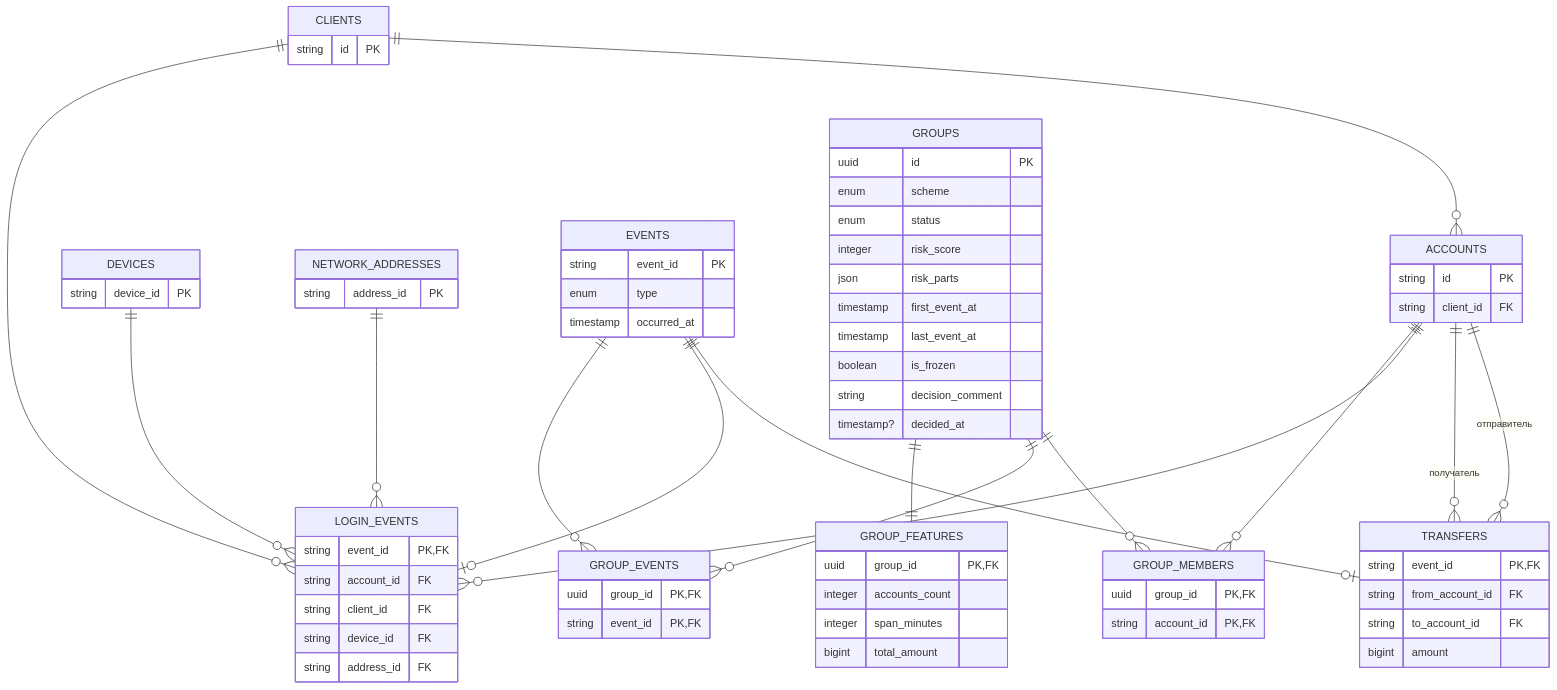
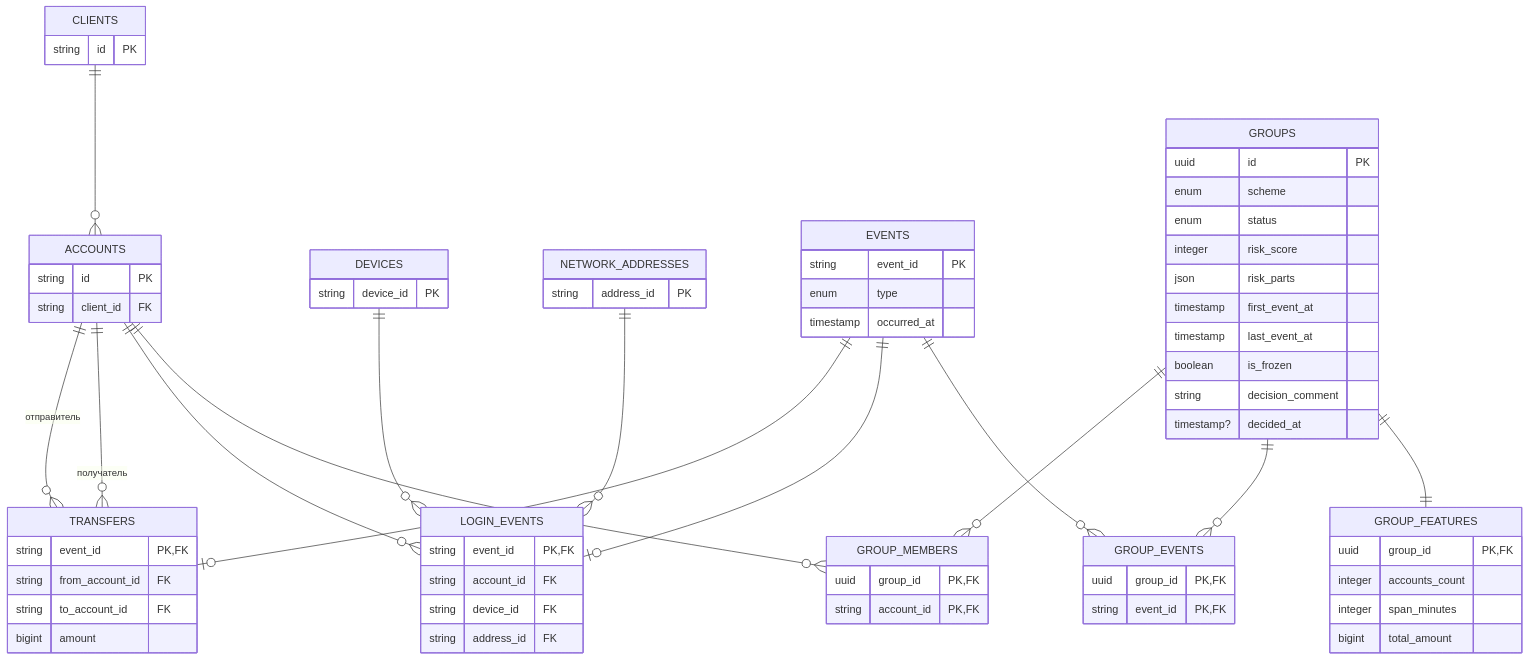
The diagram in docs/entities.md (feytox/shugraph), drawn with Mermaid before and after one commit. The commit also changed other lines of this file, not shown here.

Commit message:
[GSD-24] docs(entities): rm client id from login events

````diff
--- a/docs/entities.md
+++ b/docs/entities.md
@@ -5,74 +5,72 @@
 ```mermaid
 erDiagram
     CLIENTS {
         string id PK
     }
     ACCOUNTS {
         string id PK
         string client_id FK
     }
     DEVICES {
         string device_id PK
     }
     NETWORK_ADDRESSES {
         string address_id PK
     }
     EVENTS {
         string event_id PK
         enum type
         timestamp occurred_at
     }
     TRANSFERS {
         string event_id PK, FK
         string from_account_id FK
         string to_account_id FK
         bigint amount
     }
     LOGIN_EVENTS {
         string event_id PK, FK
         string account_id FK
-        string client_id FK
         string device_id FK
         string address_id FK
     }
     GROUPS {
         uuid id PK
         enum scheme
         enum status
         integer risk_score
         json risk_parts
         timestamp first_event_at
         timestamp last_event_at
         boolean is_frozen
         string decision_comment
         timestamp? decided_at
     }
     GROUP_MEMBERS {
         uuid group_id PK, FK
         string account_id PK, FK
     }
     GROUP_EVENTS {
         uuid group_id PK, FK
         string event_id PK, FK
     }
     GROUP_FEATURES {
         uuid group_id PK, FK
         integer accounts_count
         integer span_minutes
         bigint total_amount
     }
     CLIENTS ||--o{ ACCOUNTS : " "
     ACCOUNTS ||--o{ TRANSFERS : "отправитель"
     ACCOUNTS ||--o{ TRANSFERS : "получатель"
     EVENTS ||--o| TRANSFERS : " "
     EVENTS ||--o| LOGIN_EVENTS : " "
     ACCOUNTS ||--o{ LOGIN_EVENTS : " "
-    CLIENTS ||--o{ LOGIN_EVENTS : " "
     DEVICES ||--o{ LOGIN_EVENTS : " "
     NETWORK_ADDRESSES ||--o{ LOGIN_EVENTS : " "
     GROUPS ||--o{ GROUP_MEMBERS : " "
     ACCOUNTS ||--o{ GROUP_MEMBERS : " "
     GROUPS ||--o{ GROUP_EVENTS : " "
     EVENTS ||--o{ GROUP_EVENTS : " "
     GROUPS ||--|| GROUP_FEATURES : " "
 ```
````
